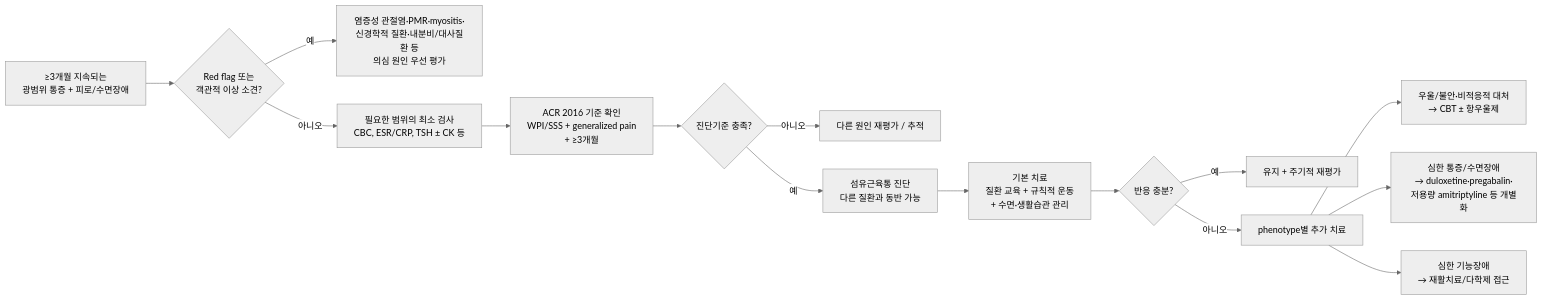
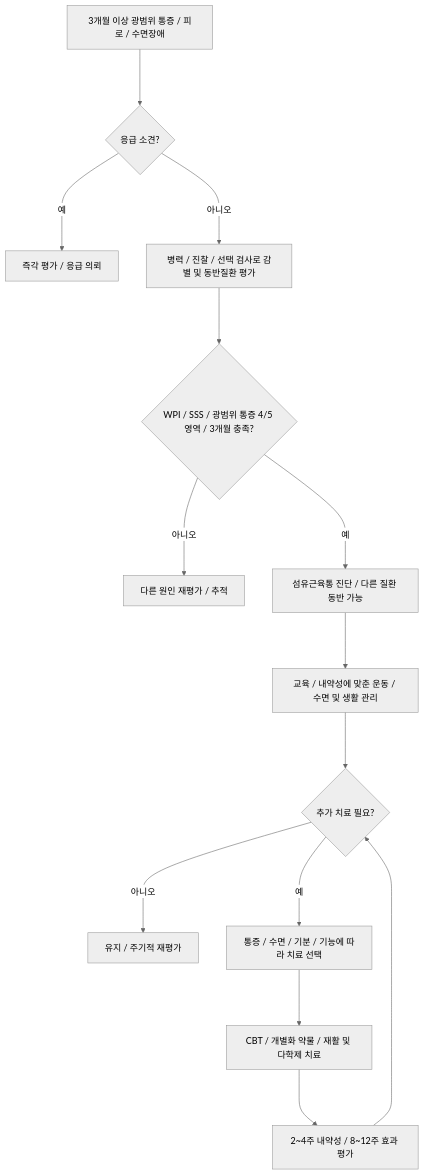
One commit to familyoh77/familyoh77 changed the diagram in 228_/153_-fibromyalgia.md. Above: the diagram before and after it, drawn with Mermaid (neutral theme). The commit also changed other lines of this file, not shown here.

````diff
--- a/228_/153_-fibromyalgia.md
+++ b/228_/153_-fibromyalgia.md
@@ -178,17 +190,16 @@
 ```mermaid
-flowchart LR
-    A["≥3개월 지속되는<br>광범위 통증 + 피로/수면장애"] --> B{"Red flag 또는<br>객관적 이상 소견?"}
-    B -->|"예"| C["염증성 관절염·PMR·myositis·<br>신경학적 질환·내분비/대사질환 등<br>의심 원인 우선 평가"]
-    B -->|"아니오"| D["필요한 범위의 최소 검사<br>CBC, ESR/CRP, TSH ± CK 등"]
-    D --> E["ACR 2016 기준 확인<br>WPI/SSS + generalized pain<br>+ ≥3개월"]
-    E --> F{"진단기준 충족?"}
-    F -->|"아니오"| G["다른 원인 재평가 / 추적"]
-    F -->|"예"| H["섬유근육통 진단<br>다른 질환과 동반 가능"]
-    H --> I["기본 치료<br>질환 교육 + 규칙적 운동<br>+ 수면·생활습관 관리"]
-    I --> J{"반응 충분?"}
-    J -->|"예"| K["유지 + 주기적 재평가"]
-    J -->|"아니오"| L["phenotype별 추가 치료"]
-    L --> M1["우울/불안·비적응적 대처<br>→ CBT ± 항우울제"]
-    L --> M2["심한 통증/수면장애<br>→ duloxetine·pregabalin·<br>저용량 amitriptyline 등 개별화"]
-    L --> M3["심한 기능장애<br>→ 재활치료/다학제 접근"]
+flowchart TD
+    A["3개월 이상 광범위 통증 / 피로 / 수면장애"] ---> B{"응급 소견?"}
+    B --->|"예"| C["즉각 평가 / 응급 의뢰"]
+    B --->|"아니오"| D["병력 / 진찰 / 선택 검사로 감별 및 동반질환 평가"]
+    D ---> E{"WPI / SSS / 광범위 통증 4/5 영역 / 3개월 충족?"}
+    E --->|"아니오"| F["다른 원인 재평가 / 추적"]
+    E --->|"예"| G["섬유근육통 진단 / 다른 질환 동반 가능"]
+    G ---> H["교육 / 내약성에 맞춘 운동 / 수면 및 생활 관리"]
+    H ---> I{"추가 치료 필요?"}
+    I --->|"아니오"| J["유지 / 주기적 재평가"]
+    I --->|"예"| K["통증 / 수면 / 기분 / 기능에 따라 치료 선택"]
+    K ---> L["CBT / 개별화 약물 / 재활 및 다학제 치료"]
+    L ---> M["2~4주 내약성 / 8~12주 효과 평가"]
+    M ---> I
 ```
````
